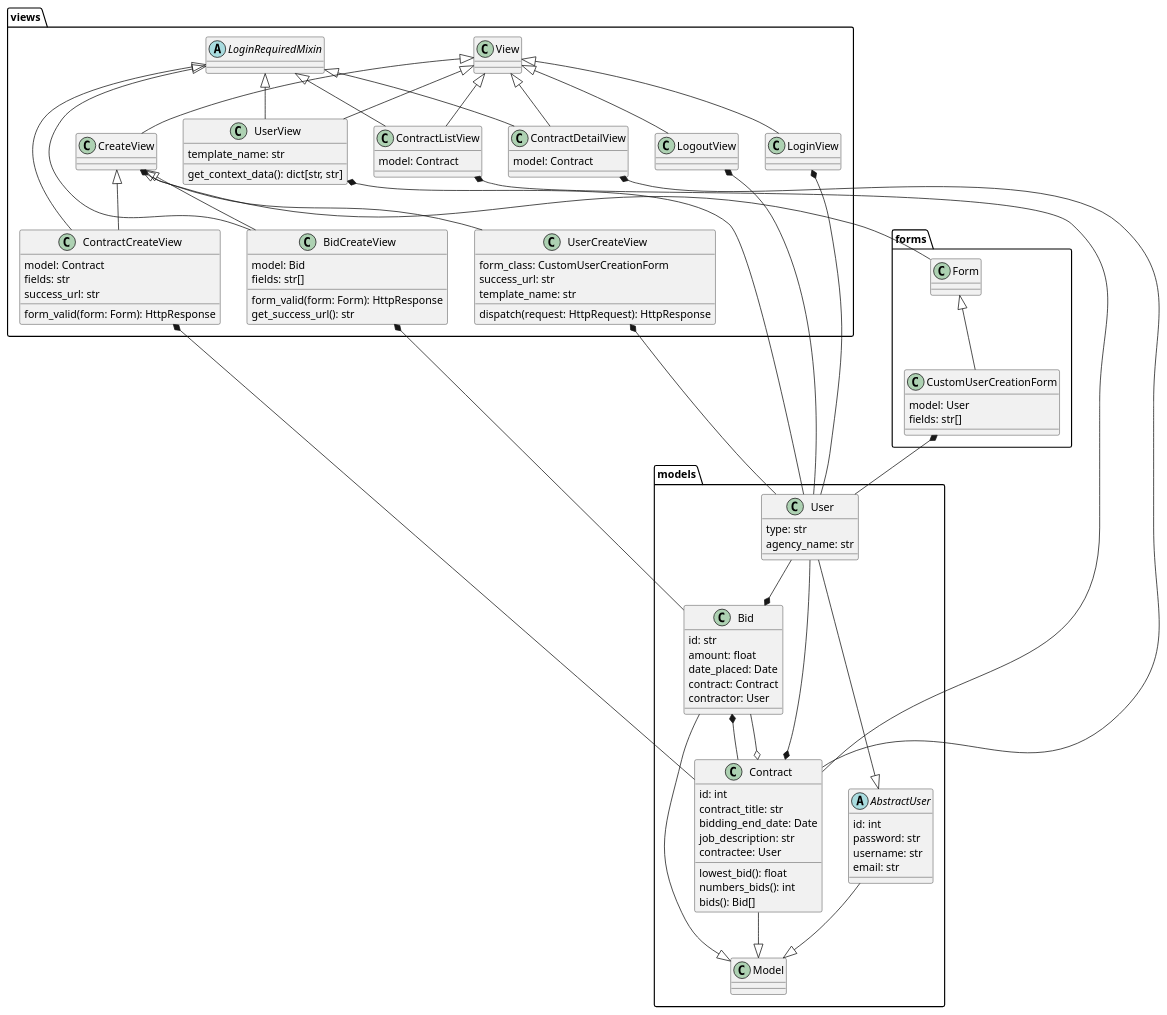
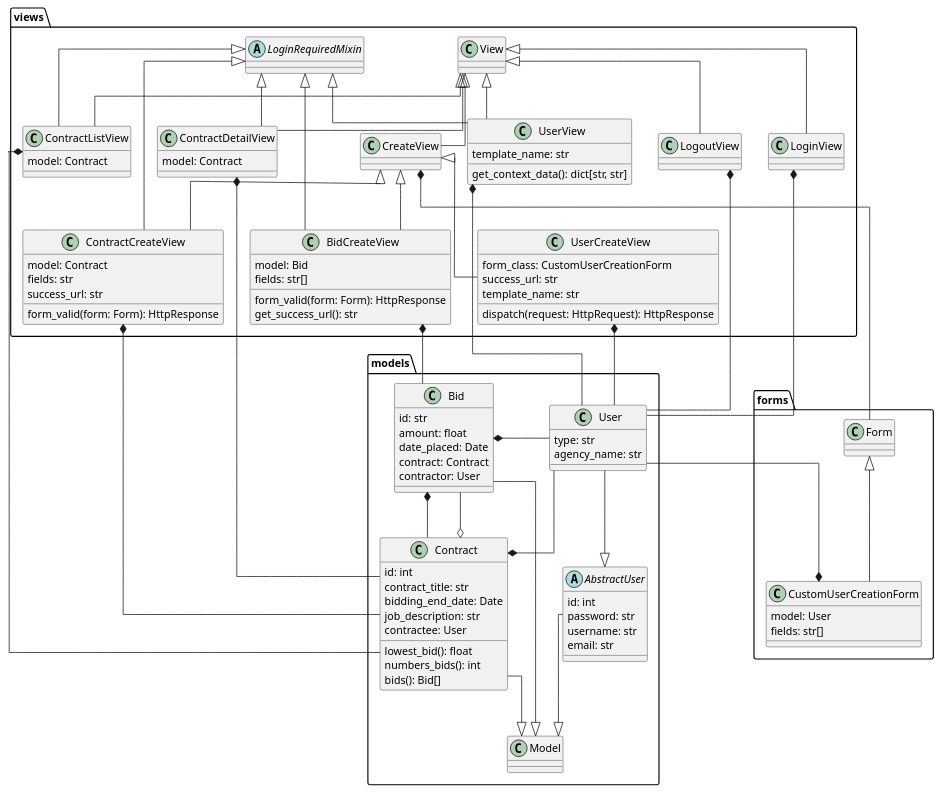
The diagram in diagrams/class_diagram.puml (mrhaffner/job_bidding_board), drawn with PlantUML before and after one commit.

Commit message:
update formatting

```diff
--- a/diagrams/class_diagram.puml
+++ b/diagrams/class_diagram.puml
@@ -1,127 +1,128 @@
 @startuml class_diagram
+skinparam linetype ortho
 package "models" {
  class Model {}
 
  class Bid {
  id: str
  amount: float
  date_placed: Date
  contract: Contract
  contractor: User
  } 
 
  class Contract {
  id: int
  contract_title: str
  bidding_end_date: Date
  job_description: str
  contractee: User
  lowest_bid(): float
  numbers_bids(): int
  bids(): Bid[]
  } 
 
  class User {
  type: str
  agency_name: str
  } 
 
  abstract class AbstractUser{
  id: int
  password: str
  username: str
  email: str
  }
  
  Bid --|> Model
  Contract --|> Model
  AbstractUser --|> Model
  User --|> AbstractUser
  Bid *-- Contract
  Bid --o Contract
  User --* Contract
- User --* Bid
+ User -r-* Bid
  }
 
 package "views" {
 class View {}
 class CreateView {}
 abstract class LoginRequiredMixin {}
 
 class LoginView {}
 class LogoutView {}
 
 class ContractListView {
  model: Contract
 }
 
 class ContractCreateView {
 model: Contract
 fields: str
 success_url: str
 form_valid(form: Form): HttpResponse
 }
 
 class ContractDetailView {
 model: Contract
 }
 
 class BidCreateView {
 model: Bid
 fields: str[]
 form_valid(form: Form): HttpResponse
 get_success_url(): str
 }
 
 class UserCreateView {
 form_class: CustomUserCreationForm
 success_url: str
 template_name: str
 dispatch(request: HttpRequest): HttpResponse
 }
 
 class UserView {
  template_name: str
  get_context_data(): dict[str, str]
 }
 
 View <|-- LoginView
 View <|-- LogoutView
 View <|-- ContractDetailView
 View <|-- ContractListView
 View <|-- CreateView
 CreateView <|-- ContractCreateView
 CreateView <|-- UserCreateView
 CreateView <|-- BidCreateView
 View <|-- UserView
 LoginRequiredMixin <|-- ContractDetailView
 LoginRequiredMixin <|-- ContractListView
 LoginRequiredMixin <|-- ContractCreateView
 LoginRequiredMixin <|-- BidCreateView
 LoginRequiredMixin <|-- UserView
 
 ContractCreateView *-- Contract
 ContractListView *-- Contract
 ContractDetailView *-- Contract
 BidCreateView *-- Bid
 UserView *-- User
 UserCreateView *-- User
 LoginView *-- User
 LogoutView *-- User
 }
 
 package "forms" {
 class Form {}
 
 class CustomUserCreationForm {
 model: User
 fields: str[]
 }
 
 Form <|-- CustomUserCreationForm
 }
 
-CustomUserCreationForm *-- User
+CustomUserCreationForm *-u- User
 CreateView *-- Form
 
 @enduml
```
